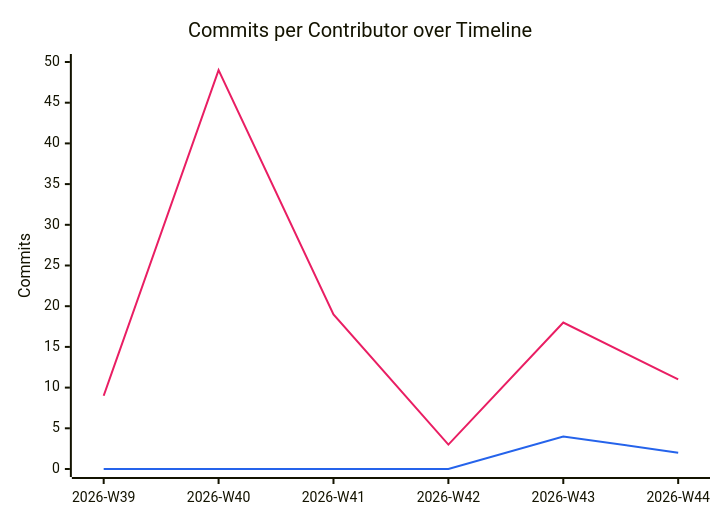
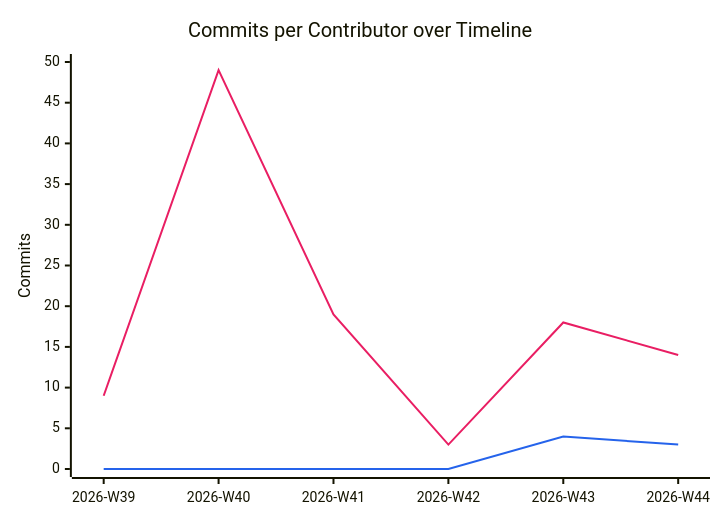
The diagram in documentation/snippets/management/commit-velocity.mmd (BeyondMagic/wisp), drawn with Mermaid before and after one commit. The commit also changed 2 other files, not shown here.

```diff
--- a/documentation/snippets/management/commit-velocity.mmd
+++ b/documentation/snippets/management/commit-velocity.mmd
@@ -1,7 +1,7 @@
 %%{init: {"themeVariables": {"xyChart": {"plotColorPalette": "#e91e63, #2563eb"}}}}%%
 xychart-beta
     title "Commits per Contributor over Timeline"
     x-axis ["2026-W39", "2026-W40", "2026-W41", "2026-W42", "2026-W43", "2026-W44"]
     y-axis "Commits" 0 --> 50
-    line [9, 49, 19, 3, 18, 11]
-    line [0, 0, 0, 0, 4, 2]
+    line [9, 49, 19, 3, 18, 14]
+    line [0, 0, 0, 0, 4, 3]
```
